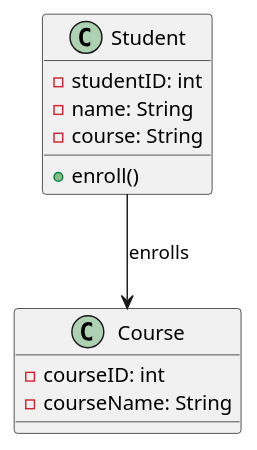
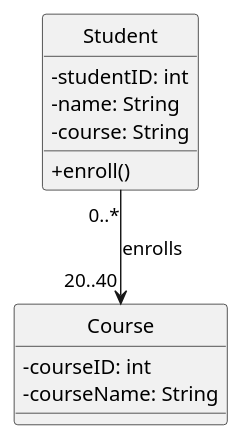
Before and after one commit to Fatkill22/EA1: the diagram in EA1.plantuml, drawn with PlantUML.

Commit message:
2nd Commit

```diff
--- a/EA1.plantuml
+++ b/EA1.plantuml
@@ -1,15 +1,18 @@
 @startuml
+skinparam style strictuml
+skinparam classAttributeIconSize 0
+
 class Student {
   - studentID: int
   - name: String
   - course: String
   + enroll()
 }
 
 class Course {
   - courseID: int
   - courseName: String
 }
 
-Student --> Course : enrolls
+Student "0..*" --> "20..40" Course : enrolls
 @enduml
```
